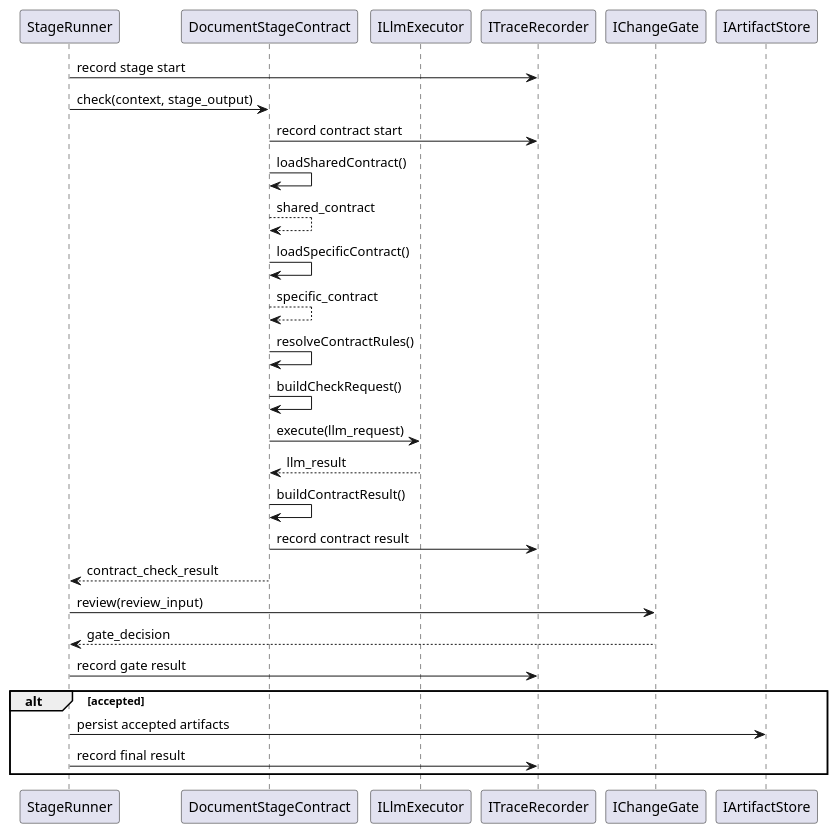
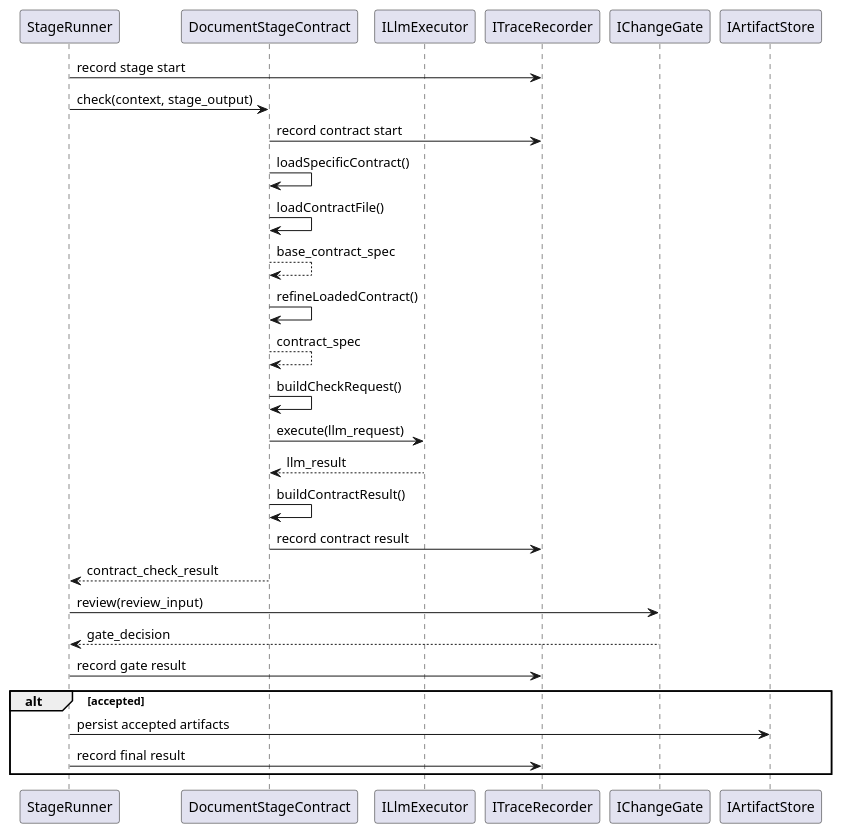
One commit to lucky-chen/ai_workflow_travel changed the first of 2 diagrams in meta_layer/docs/design_docs/Contract/DocumentStageContractPattern.md. Above: the diagram before and after it, drawn with PlantUML. The commit also changed other lines of this file and 7 other files, not shown here.

First line of the commit message:
[AI] gpt-5.4: unify document contract loading flow

````diff
--- a/meta_layer/docs/design_docs/Contract/DocumentStageContractPattern.md
+++ b/meta_layer/docs/design_docs/Contract/DocumentStageContractPattern.md
@@ -43,35 +43,35 @@
 ```plantuml
 @startuml
 participant StageRunner
 participant DocumentStageContract
 participant ILlmExecutor
 participant ITraceRecorder
 participant IChangeGate
 participant IArtifactStore
 
 StageRunner -> ITraceRecorder: record stage start
 
 StageRunner -> DocumentStageContract: check(context, stage_output)
 DocumentStageContract -> ITraceRecorder: record contract start
-DocumentStageContract -> DocumentStageContract: loadSharedContract()
-DocumentStageContract --> DocumentStageContract: shared_contract
 DocumentStageContract -> DocumentStageContract: loadSpecificContract()
-DocumentStageContract --> DocumentStageContract: specific_contract
-DocumentStageContract -> DocumentStageContract: resolveContractRules()
+DocumentStageContract -> DocumentStageContract: loadContractFile()
+DocumentStageContract --> DocumentStageContract: base_contract_spec
+DocumentStageContract -> DocumentStageContract: refineLoadedContract()
+DocumentStageContract --> DocumentStageContract: contract_spec
 DocumentStageContract -> DocumentStageContract: buildCheckRequest()
 DocumentStageContract -> ILlmExecutor: execute(llm_request)
 ILlmExecutor --> DocumentStageContract: llm_result
 DocumentStageContract -> DocumentStageContract: buildContractResult()
 DocumentStageContract -> ITraceRecorder: record contract result
 DocumentStageContract --> StageRunner: contract_check_result
 
 StageRunner -> IChangeGate: review(review_input)
 IChangeGate --> StageRunner: gate_decision
 StageRunner -> ITraceRecorder: record gate result
 
 alt accepted
   StageRunner -> IArtifactStore: persist accepted artifacts
   StageRunner -> ITraceRecorder: record final result
 end
 @enduml
 ```
````
